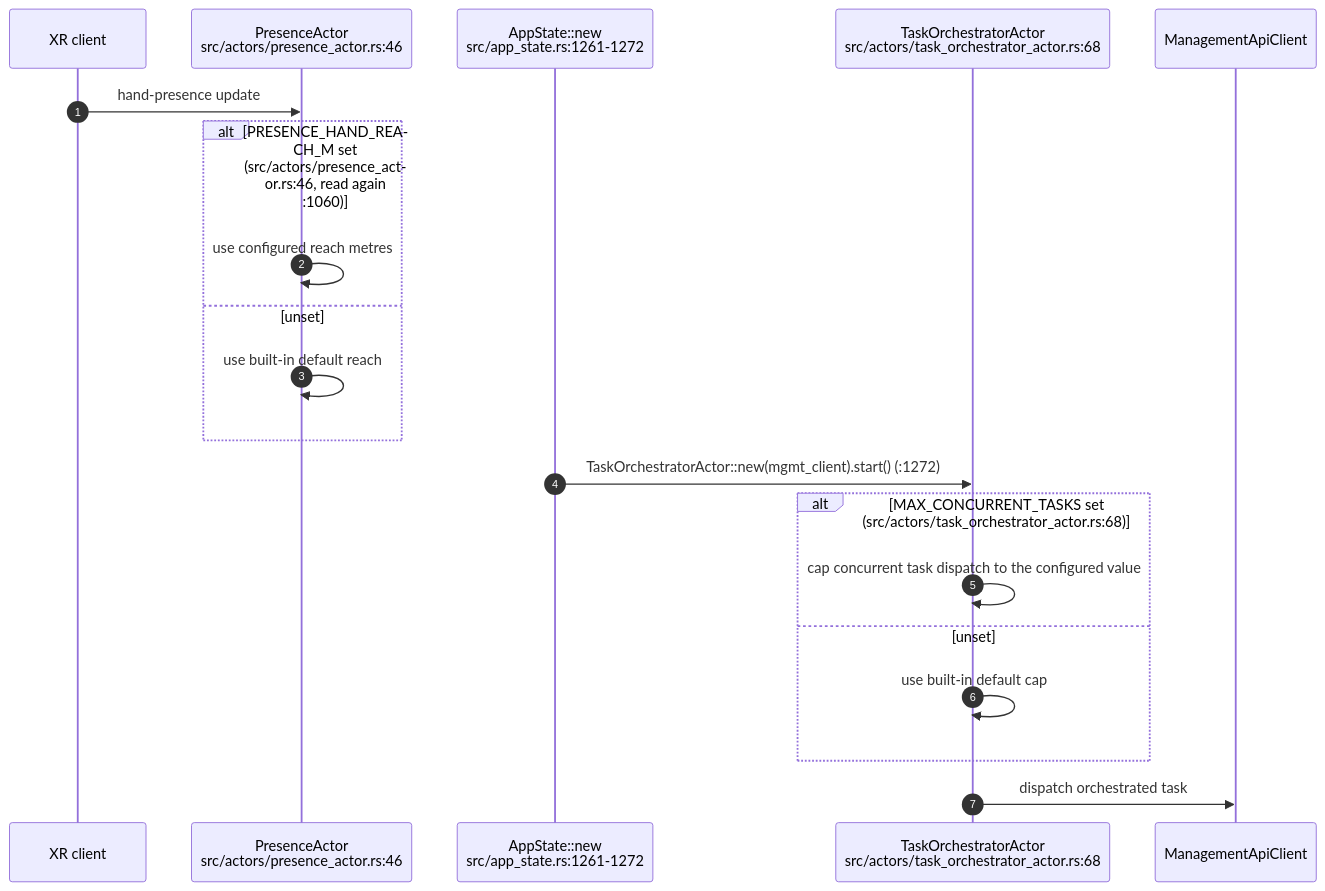
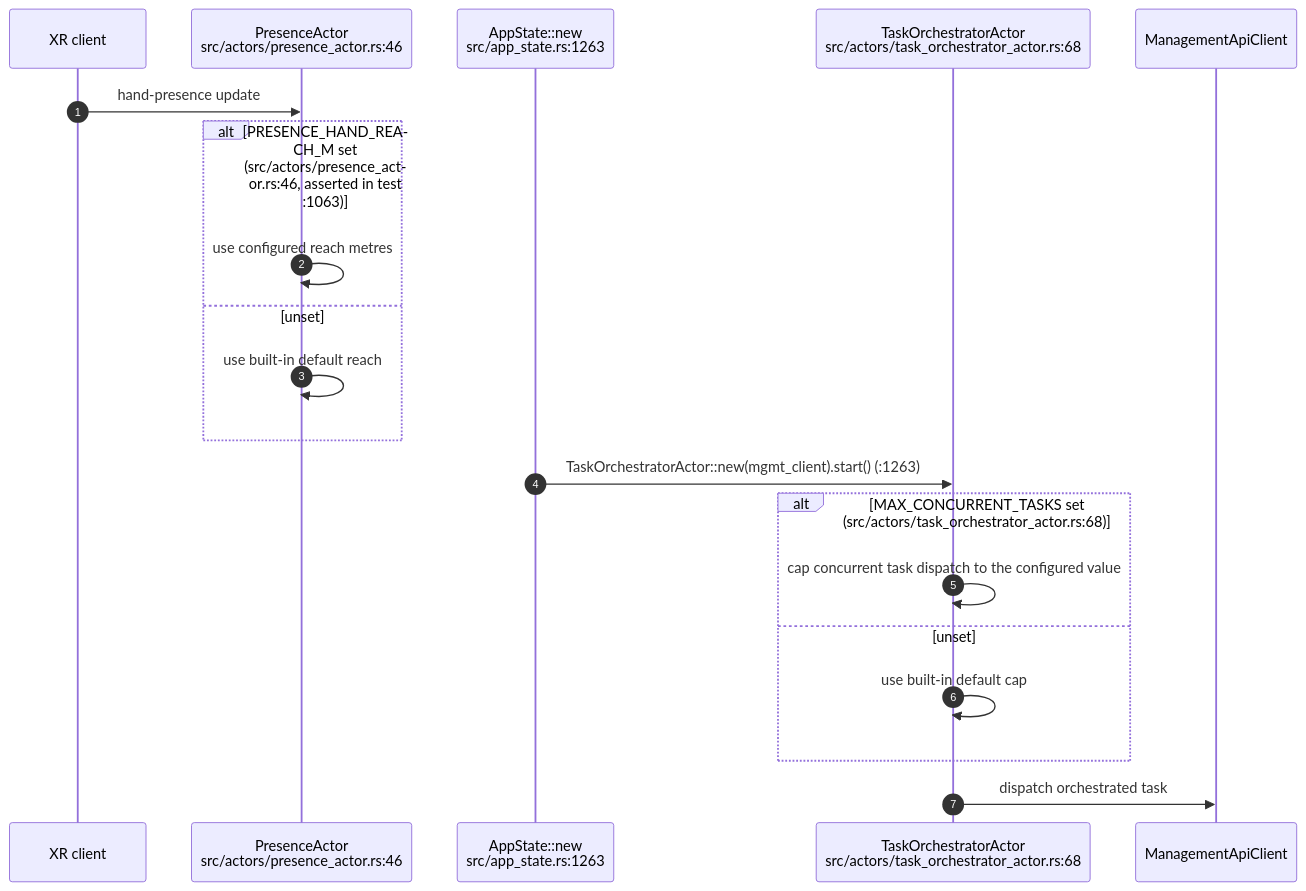
Before and after one commit to DreamLab-AI/AR-AI-Knowledge-Graph: diagram 17 of 20 in docs/diagrams/visionclaw/02-actor-supervision.md, drawn with Mermaid. The commit also changed other lines of this file and 172 other files, not shown here.

````diff
--- a/docs/diagrams/visionclaw/02-actor-supervision.md
+++ b/docs/diagrams/visionclaw/02-actor-supervision.md
@@ -544,23 +534,23 @@
 ```mermaid
 sequenceDiagram
     autonumber
     participant XR as XR client
     participant PA as PresenceActor<br/>src/actors/presence_actor.rs:46
-    participant APP as AppState::new<br/>src/app_state.rs:1261-1272
+    participant APP as AppState::new<br/>src/app_state.rs:1263
     participant TO as TaskOrchestratorActor<br/>src/actors/task_orchestrator_actor.rs:68
     participant MGMT as ManagementApiClient
 
     XR->>PA: hand-presence update
-    alt PRESENCE_HAND_REACH_M set (src/actors/presence_actor.rs:46, read again :1060)
+    alt PRESENCE_HAND_REACH_M set (src/actors/presence_actor.rs:46, asserted in test :1063)
         PA->>PA: use configured reach metres
     else unset
         PA->>PA: use built-in default reach
     end
-    APP->>TO: TaskOrchestratorActor::new(mgmt_client).start() (:1272)
+    APP->>TO: TaskOrchestratorActor::new(mgmt_client).start() (:1263)
     alt MAX_CONCURRENT_TASKS set (src/actors/task_orchestrator_actor.rs:68)
         TO->>TO: cap concurrent task dispatch to the configured value
     else unset
         TO->>TO: use built-in default cap
     end
     TO->>MGMT: dispatch orchestrated task
 ```
````
